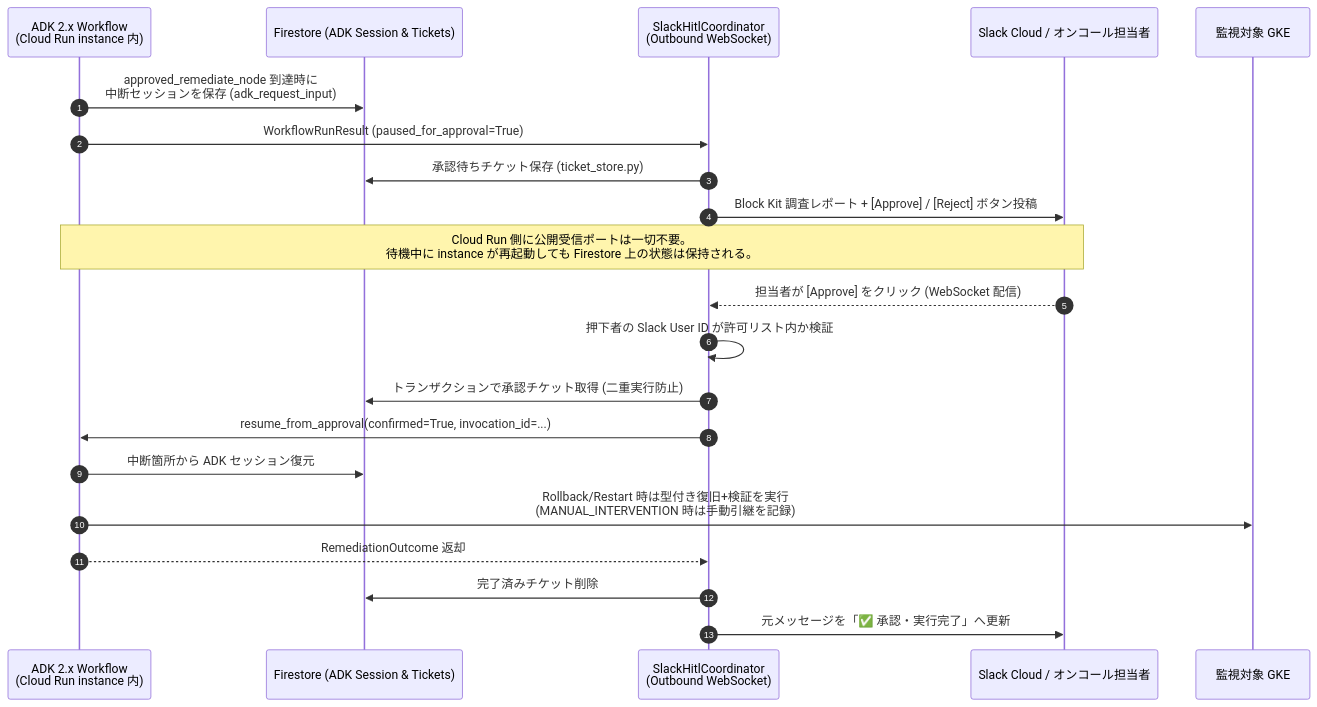
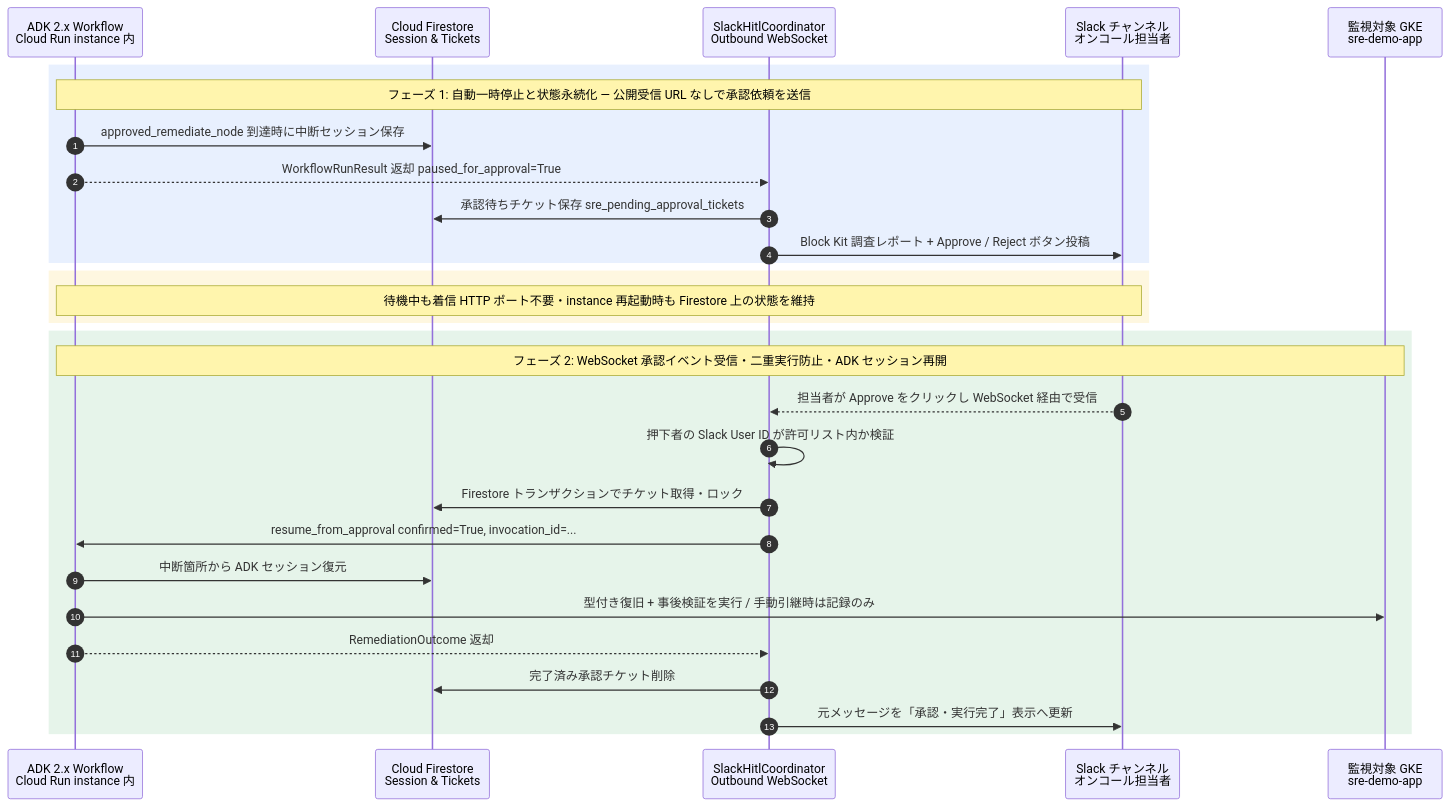
One commit to tyorikan/agentic-sre-handson changed the fourth of 4 diagrams in docs/04-auto-remediation-and-slack-hitl.md. Above: the diagram before and after it, drawn with Mermaid. The commit also changed other lines of this file and 26 other files, not shown here.

Commit message:
docs: プロダクトアイコン付き構成図・シーケンス図 PNG (全19図) の追加と折りたたみ Mermaid 定義の精緻化

````diff
--- a/docs/04-auto-remediation-and-slack-hitl.md
+++ b/docs/04-auto-remediation-and-slack-hitl.md
@@ -119,25 +160,34 @@
 ```mermaid
 sequenceDiagram
     autonumber
-    participant WF as ADK 2.x Workflow<br/>(Cloud Run instance 内)
-    participant DB as Firestore (ADK Session & Tickets)
-    participant Bolt as SlackHitlCoordinator<br/>(Outbound WebSocket)
-    participant Slack as Slack Cloud / オンコール担当者
-    participant GKE as 監視対象 GKE
+    participant WF as ADK 2.x Workflow<br/>Cloud Run instance 内
+    participant DB as Cloud Firestore<br/>Session & Tickets
+    participant Bolt as SlackHitlCoordinator<br/>Outbound WebSocket
+    participant Slack as Slack チャンネル<br/>オンコール担当者
+    participant GKE as 監視対象 GKE<br/>sre-demo-app
 
-    WF->>DB: approved_remediate_node 到達時に<br/>中断セッションを保存 (adk_request_input)
-    WF->>Bolt: WorkflowRunResult (paused_for_approval=True)
-    Bolt->>DB: 承認待ちチケット保存 (ticket_store.py)
-    Bolt->>Slack: Block Kit 調査レポート + [Approve] / [Reject] ボタン投稿
-    Note over WF,Slack: Cloud Run 側に公開受信ポートは一切不要。<br/>待機中に instance が再起動しても Firestore 上の状態は保持される。
+    rect rgb(232, 240, 254)
+        Note over WF,Slack: フェーズ 1: 自動一時停止と状態永続化 — 公開受信 URL なしで承認依頼を送信
+        WF->>DB: approved_remediate_node 到達時に中断セッション保存
+        WF-->>Bolt: WorkflowRunResult 返却 paused_for_approval=True
+        Bolt->>DB: 承認待ちチケット保存 sre_pending_approval_tickets
+        Bolt->>Slack: Block Kit 調査レポート + Approve / Reject ボタン投稿
+    end
 
-    Slack-->>Bolt: 担当者が [Approve] をクリック (WebSocket 配信)
-    Bolt->>Bolt: 押下者の Slack User ID が許可リスト内か検証
-    Bolt->>DB: トランザクションで承認チケット取得 (二重実行防止)
-    Bolt->>WF: resume_from_approval(confirmed=True, invocation_id=...)
-    WF->>DB: 中断箇所から ADK セッション復元
-    WF->>GKE: Rollback/Restart 時は型付き復旧+検証を実行<br/>(MANUAL_INTERVENTION 時は手動引継を記録)
-    WF-->>Bolt: RemediationOutcome 返却
-    Bolt->>DB: 完了済みチケット削除
-    Bolt->>Slack: 元メッセージを「✅ 承認・実行完了」へ更新
+    rect rgb(254, 247, 224)
+        Note over WF,Slack: 待機中も着信 HTTP ポート不要・instance 再起動時も Firestore 上の状態を維持
+    end
+
+    rect rgb(230, 244, 234)
+        Note over WF,GKE: フェーズ 2: WebSocket 承認イベント受信・二重実行防止・ADK セッション再開
+        Slack-->>Bolt: 担当者が Approve をクリックし WebSocket 経由で受信
+        Bolt->>Bolt: 押下者の Slack User ID が許可リスト内か検証
+        Bolt->>DB: Firestore トランザクションでチケット取得・ロック
+        Bolt->>WF: resume_from_approval confirmed=True, invocation_id=...
+        WF->>DB: 中断箇所から ADK セッション復元
+        WF->>GKE: 型付き復旧 + 事後検証を実行 / 手動引継時は記録のみ
+        WF-->>Bolt: RemediationOutcome 返却
+        Bolt->>DB: 完了済み承認チケット削除
+        Bolt->>Slack: 元メッセージを「承認・実行完了」表示へ更新
+    end
 ```
````
